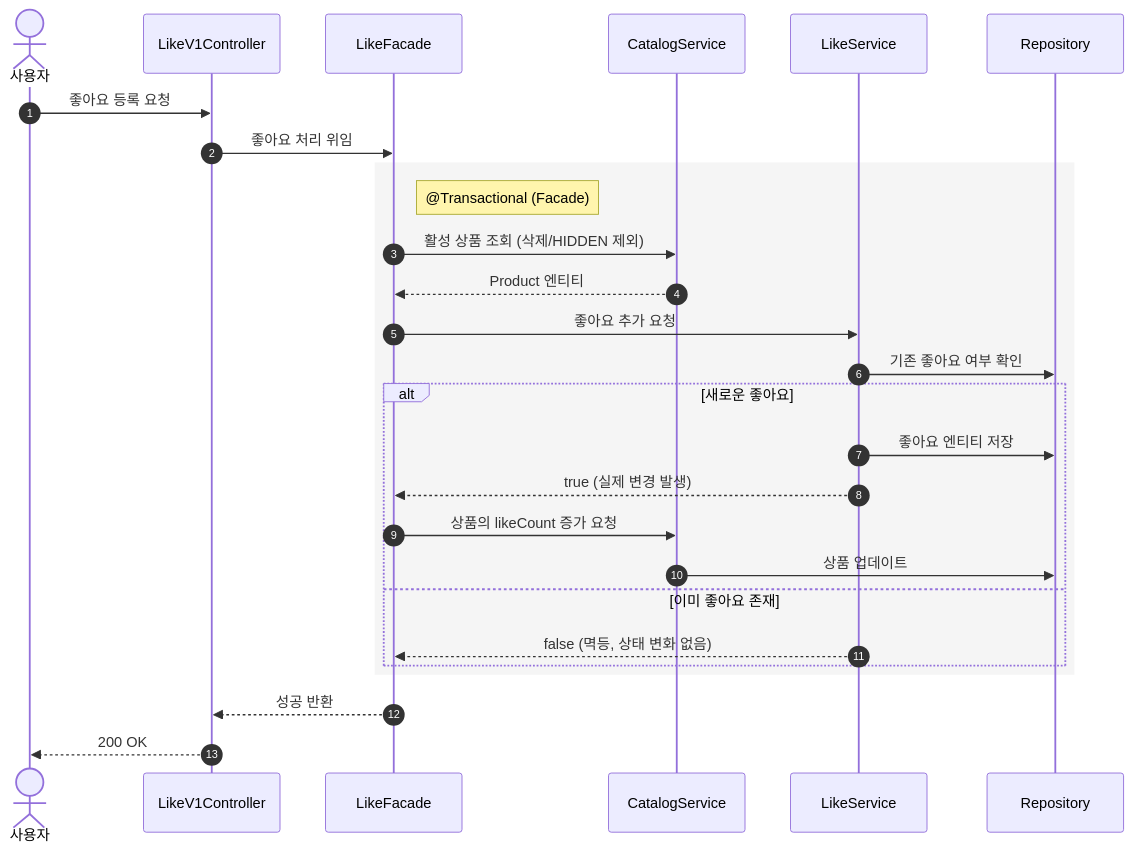
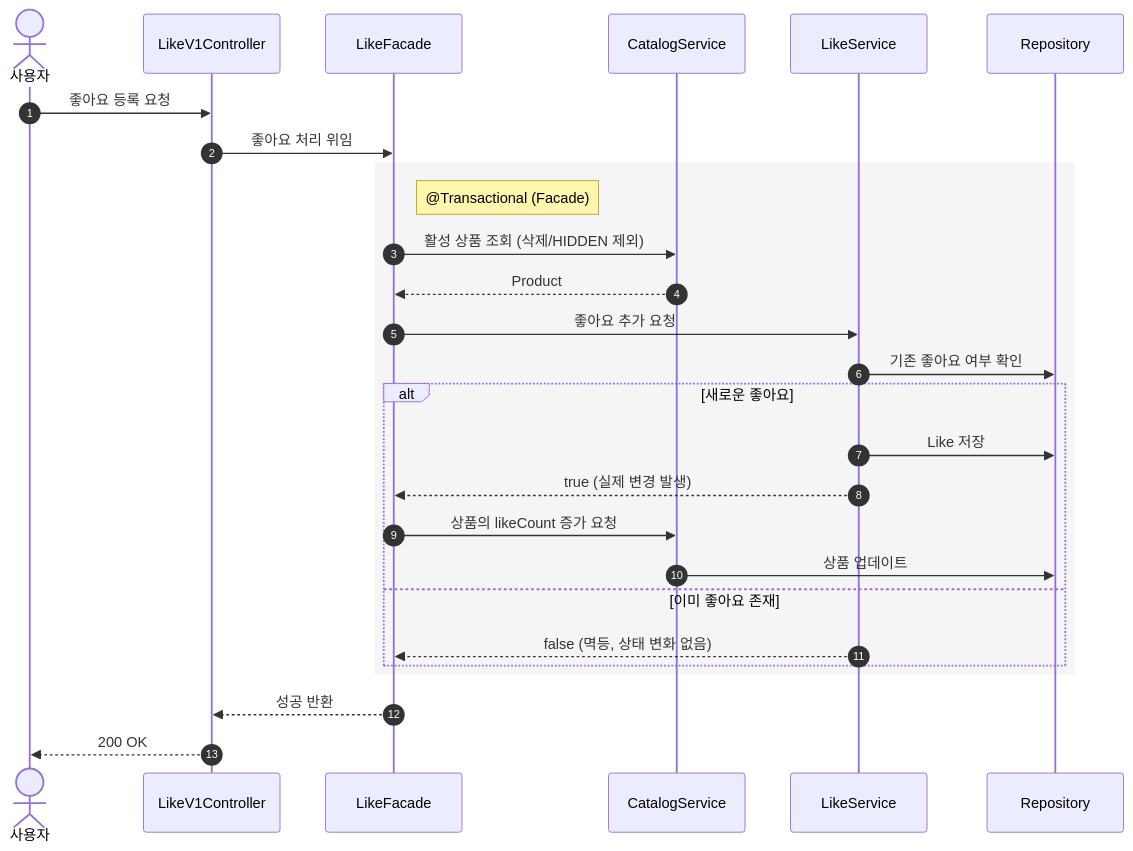
Diagram 16 of 26 in docs/design/02-sequence-diagrams.md (Loopers-dev-lab/loop-pack-be-l2-vol3-kotlin), drawn with Mermaid before and after one commit. The commit also changed other lines of this file and 6 other files, not shown here.

````diff
--- a/docs/design/02-sequence-diagrams.md
+++ b/docs/design/02-sequence-diagrams.md
@@ -423,31 +423,31 @@
 ```mermaid
 sequenceDiagram
     autonumber
     actor User as 사용자
     participant C as LikeV1Controller
     participant F as LikeFacade
     participant CS as CatalogService
     participant LS as LikeService
     participant R as Repository
     User ->> C: 좋아요 등록 요청
     C ->> F: 좋아요 처리 위임
 
     rect rgb(245, 245, 245)
         Note right of F: @Transactional (Facade)
         F ->> CS: 활성 상품 조회 (삭제/HIDDEN 제외)
-        CS -->> F: Product 엔티티
+        CS -->> F: Product
         F ->> LS: 좋아요 추가 요청
         LS ->> R: 기존 좋아요 여부 확인
         alt 새로운 좋아요
-            LS ->> R: 좋아요 엔티티 저장
+            LS ->> R: Like 저장
             LS -->> F: true (실제 변경 발생)
             F ->> CS: 상품의 likeCount 증가 요청
             CS ->> R: 상품 업데이트
         else 이미 좋아요 존재
             LS -->> F: false (멱등, 상태 변화 없음)
         end
     end
 
     F -->> C: 성공 반환
     C -->> User: 200 OK
 ```
````
